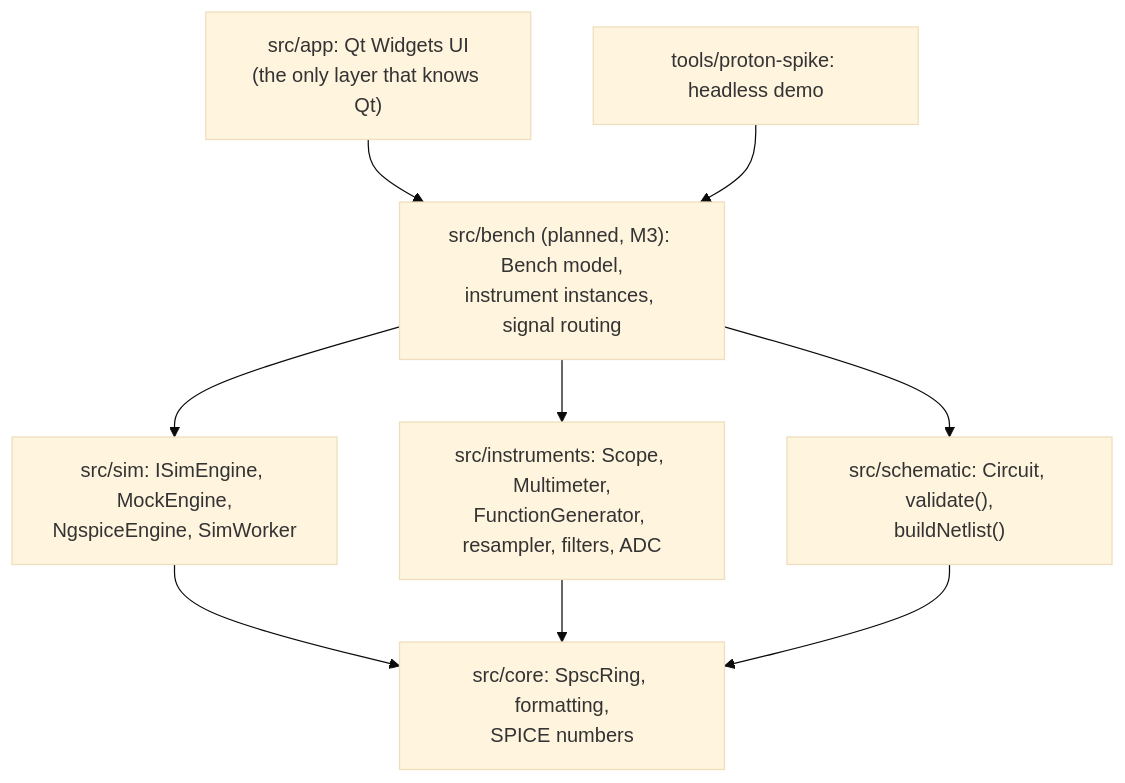
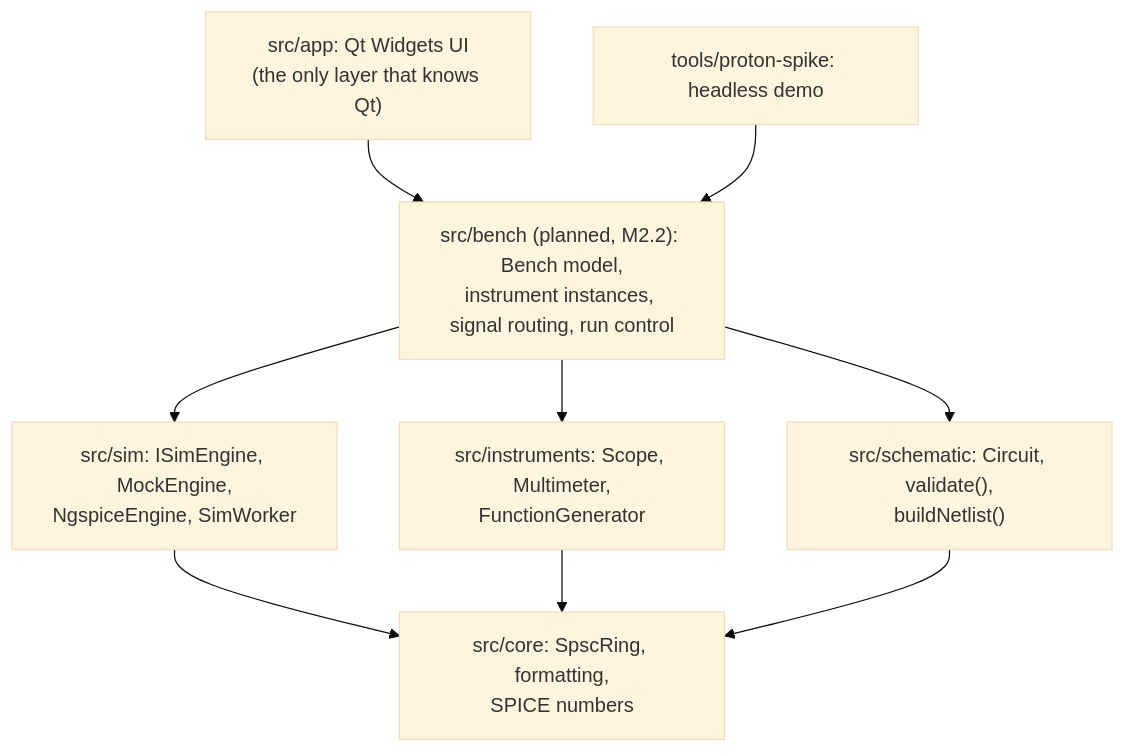
Before and after one commit to sergiorf/proton: the first of 3 diagrams in docs/ARCHITECTURE.md, drawn with Mermaid (base theme). The commit also changed other lines of this file and 5 other files, not shown here.

First line of the commit message:
Plan review: time model, state-keeping live changes; keep ARCHITECTURE high level

````diff
--- a/docs/ARCHITECTURE.md
+++ b/docs/ARCHITECTURE.md
@@ -30,16 +36,16 @@
 ```mermaid
 flowchart TB
   app["src/app: Qt Widgets UI<br/>(the only layer that knows Qt)"]
-  bench["src/bench (planned, M3): Bench model,<br/>instrument instances, signal routing"]
+  bench["src/bench (planned, M2.2): Bench model,<br/>instrument instances, signal routing, run control"]
   tools["tools/proton-spike: headless demo"]
   sim["src/sim: ISimEngine, MockEngine,<br/>NgspiceEngine, SimWorker"]
-  ins["src/instruments: Scope, Multimeter,<br/>FunctionGenerator, resampler, filters, ADC"]
+  ins["src/instruments: Scope, Multimeter,<br/>FunctionGenerator"]
   sch["src/schematic: Circuit, validate(),<br/>buildNetlist()"]
   core["src/core: SpscRing, formatting,<br/>SPICE numbers"]
   app --> bench
   tools --> bench
   bench --> sim & ins & sch
   sim --> core
   ins --> core
   sch --> core
 ```
````
